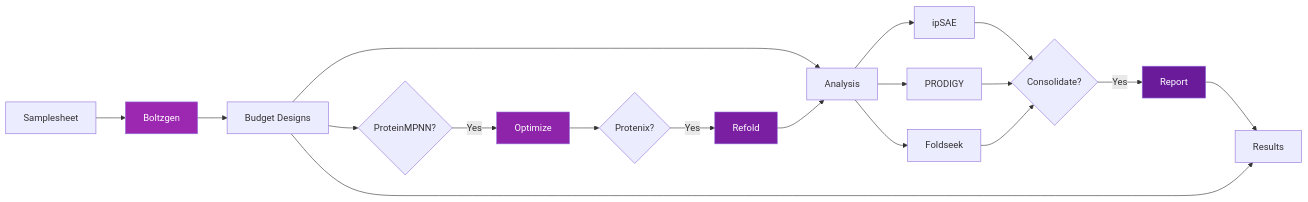
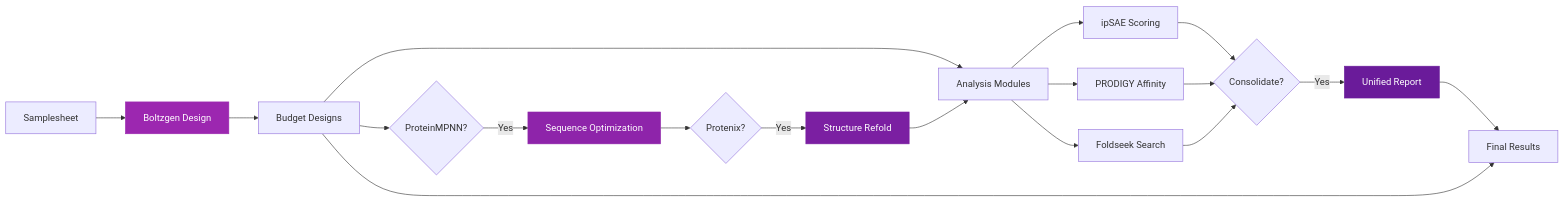
Before and after one commit to seqeralabs/nf-proteindesign: the diagram in docs/index.md, drawn with Mermaid. The commit also changed 5 other files, not shown here.

First line of the commit message:
Fix documentation: remove non-existent modes references and fix Mermaid diagram

````diff
--- a/docs/index.md
+++ b/docs/index.md
@@ -69,30 +69,30 @@
 ```mermaid
-flowchart LR
-    A[Samplesheet] --> B[Boltzgen]
+graph LR
+    A[Samplesheet] --> B[Boltzgen Design]
     B --> C[Budget Designs]
     
     C --> D{ProteinMPNN?}
-    D -->|Yes| E[Optimize]
+    D -->|Yes| E[Sequence Optimization]
     E --> F{Protenix?}
-    F -->|Yes| G[Refold]
+    F -->|Yes| G[Structure Refold]
     
-    C --> H[Analysis]
+    C --> H[Analysis Modules]
     G --> H
     
-    H --> I[ipSAE]
-    H --> J[PRODIGY]
-    H --> K[Foldseek]
+    H --> I[ipSAE Scoring]
+    H --> J[PRODIGY Affinity]
+    H --> K[Foldseek Search]
     
     I --> L{Consolidate?}
     J --> L
     K --> L
-    L -->|Yes| M[Report]
+    L -->|Yes| M[Unified Report]
     
-    M --> N[Results]
+    M --> N[Final Results]
     C --> N
     
-    style B fill:#9C27B0,color:#fff
-    style E fill:#8E24AA,color:#fff
-    style G fill:#7B1FA2,color:#fff
-    style M fill:#6A1B9A,color:#fff
+    style B fill:#9C27B0,stroke:#9C27B0,color:#fff
+    style E fill:#8E24AA,stroke:#8E24AA,color:#fff
+    style G fill:#7B1FA2,stroke:#7B1FA2,color:#fff
+    style M fill:#6A1B9A,stroke:#6A1B9A,color:#fff
 ```
````
